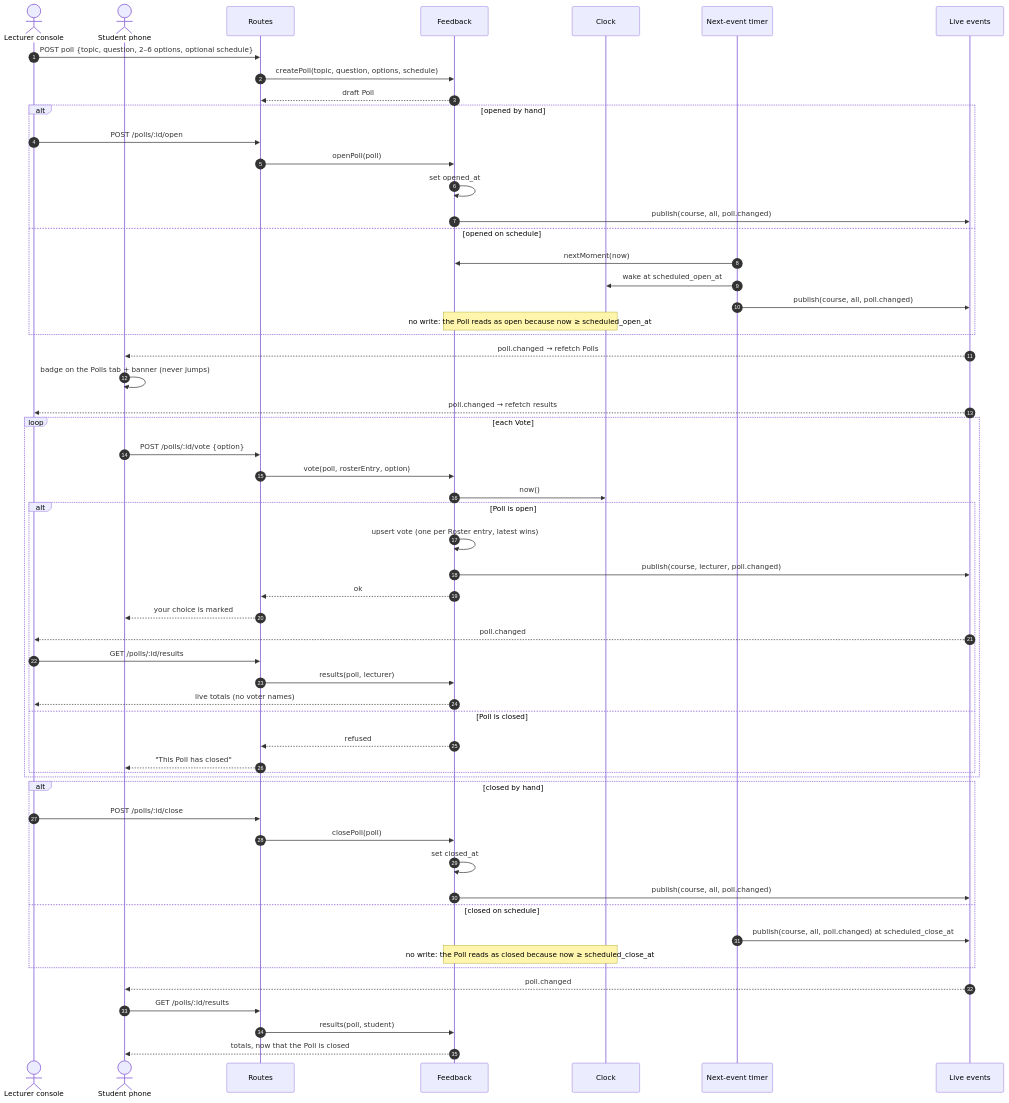
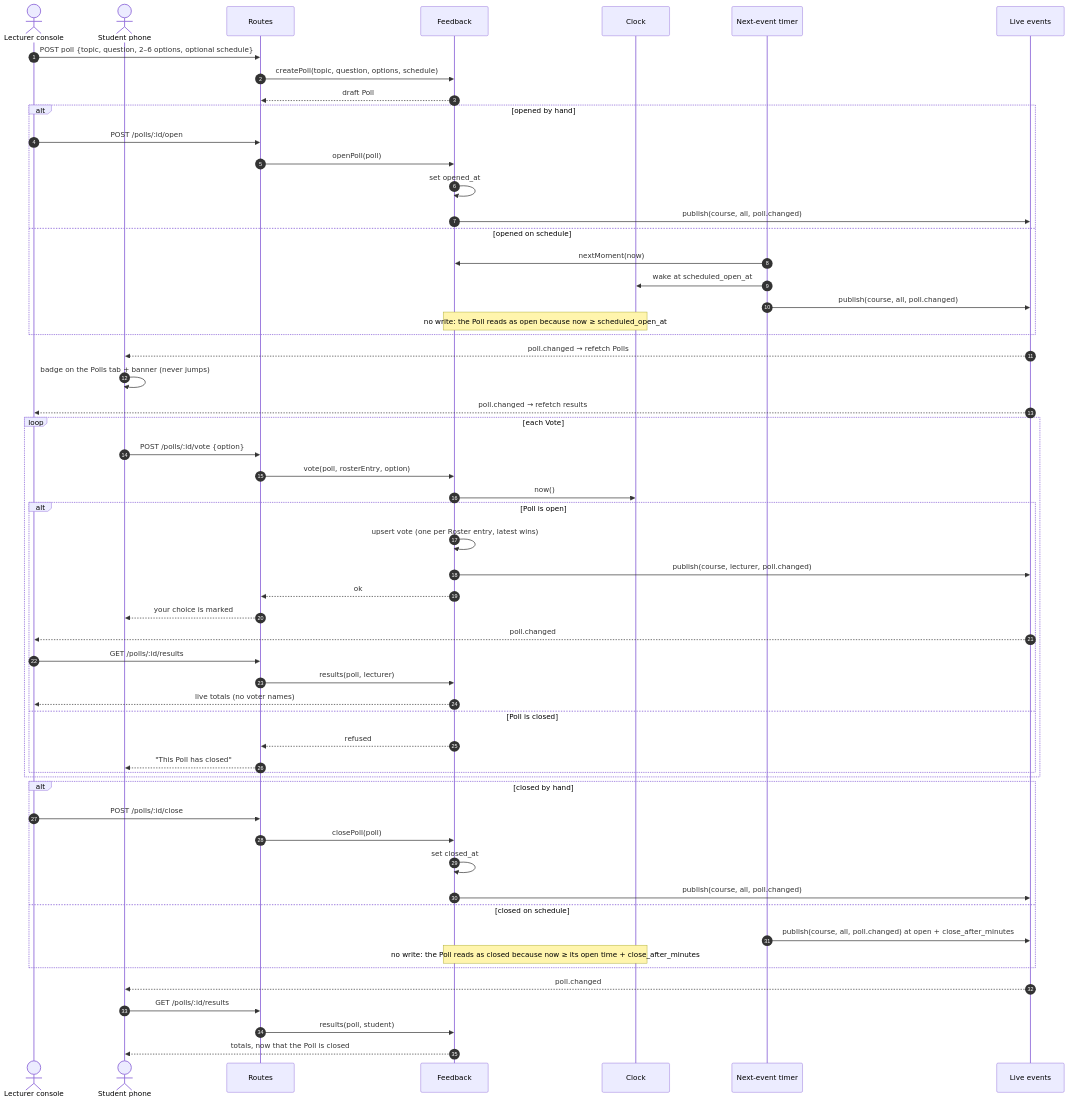
One commit to ofeq-dev/class-connect changed the second of 4 diagrams in docs/diagrams/sequence-diagrams.md. Above: the diagram before and after it, drawn with Mermaid. The commit also changed 1 other file, not shown here.

Commit message:
Record Polls' close_after_minutes, copyPoll and announce in the diagrams

````diff
--- a/docs/diagrams/sequence-diagrams.md
+++ b/docs/diagrams/sequence-diagrams.md
@@ -93,64 +93,64 @@
 ```mermaid
 sequenceDiagram
   autonumber
   actor L as Lecturer console
   actor S as Student phone
   participant R as Routes
   participant F as Feedback
   participant K as Clock
   participant T as Next-event timer
   participant E as Live events
 
   L->>R: POST poll {topic, question, 2–6 options, optional schedule}
   R->>F: createPoll(topic, question, options, schedule)
   F-->>R: draft Poll
 
   alt opened by hand
     L->>R: POST /polls/:id/open
     R->>F: openPoll(poll)
     F->>F: set opened_at
     F->>E: publish(course, all, poll.changed)
   else opened on schedule
     T->>F: nextMoment(now)
     T->>K: wake at scheduled_open_at
     T->>E: publish(course, all, poll.changed)
     Note over F,K: no write: the Poll reads as open because now ≥ scheduled_open_at
   end
 
   E-->>S: poll.changed → refetch Polls
   S->>S: badge on the Polls tab + banner (never jumps)
   E-->>L: poll.changed → refetch results
 
   loop each Vote
     S->>R: POST /polls/:id/vote {option}
     R->>F: vote(poll, rosterEntry, option)
     F->>K: now()
     alt Poll is open
       F->>F: upsert vote (one per Roster entry, latest wins)
       F->>E: publish(course, lecturer, poll.changed)
       F-->>R: ok
       R-->>S: your choice is marked
       E-->>L: poll.changed
       L->>R: GET /polls/:id/results
       R->>F: results(poll, lecturer)
       F-->>L: live totals (no voter names)
     else Poll is closed
       F-->>R: refused
       R-->>S: "This Poll has closed"
     end
   end
 
   alt closed by hand
     L->>R: POST /polls/:id/close
     R->>F: closePoll(poll)
     F->>F: set closed_at
     F->>E: publish(course, all, poll.changed)
   else closed on schedule
-    T->>E: publish(course, all, poll.changed) at scheduled_close_at
-    Note over F,K: no write: the Poll reads as closed because now ≥ scheduled_close_at
+    T->>E: publish(course, all, poll.changed) at open + close_after_minutes
+    Note over F,K: no write: the Poll reads as closed because now ≥ its open time + close_after_minutes
   end
   E-->>S: poll.changed
   S->>R: GET /polls/:id/results
   R->>F: results(poll, student)
   F-->>S: totals, now that the Poll is closed
 ```
````
